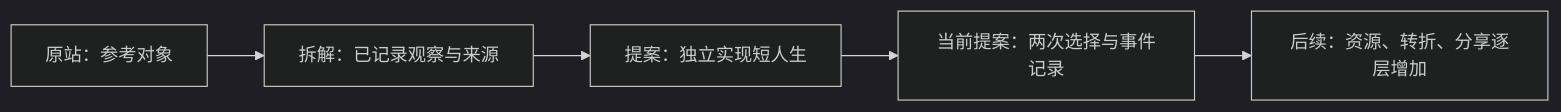
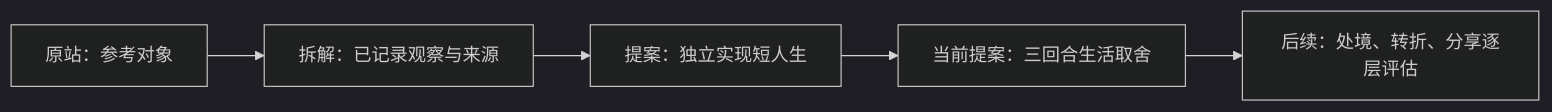
Before and after one commit to yuki-uix/life-sim-product-study: the diagram in README.md, drawn with Mermaid (dark theme). The commit also changed other lines of this file and 5 other files, not shown here.

````diff
--- a/README.md
+++ b/README.md
@@ -20,7 +20,7 @@
 ```mermaid
 flowchart LR
     A[原站：参考对象] --> B[拆解：已记录观察与来源]
     B --> C[提案：独立实现短人生]
-    C --> D[当前提案：两次选择与事件记录]
-    D --> E[后续：资源、转折、分享逐层增加]
+    C --> D[当前提案：三回合生活取舍]
+    D --> E[后续：处境、转折、分享逐层评估]
 ```
````
